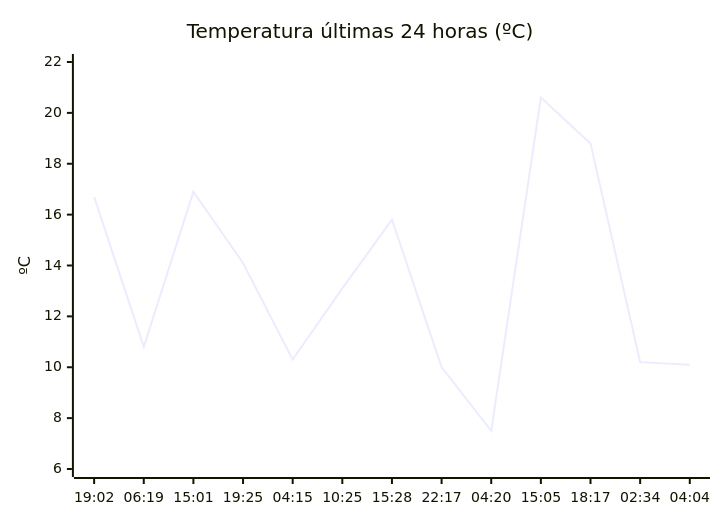
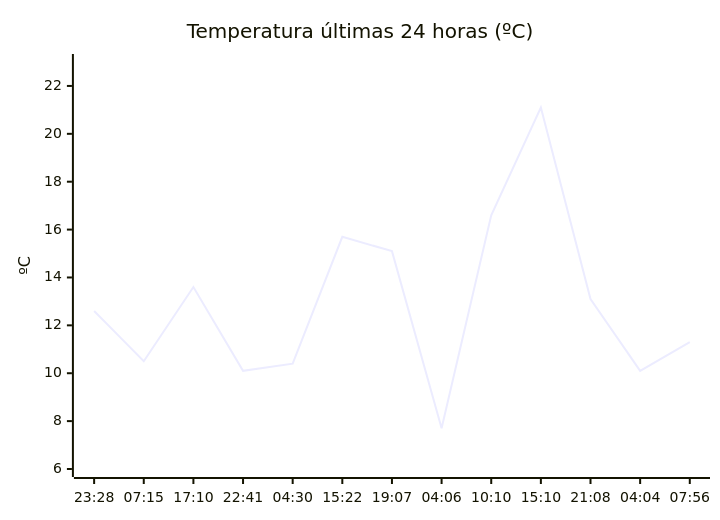
Before and after one commit to solidsnk86/rem-scrap: the diagram in README.md, drawn with Mermaid. The commit also changed other lines of this file, not shown here.

````diff
--- a/README.md
+++ b/README.md
@@ -32,7 +36,7 @@
 ```mermaid
 xychart-beta
     title "Temperatura últimas 24 horas (ºC)"
-    x-axis ["19:02", "06:19", "15:01", "19:25", "04:15", "10:25", "15:28", "22:17", "04:20", "15:05", "18:17", "02:34", "04:04"]
-    y-axis "ºC" 6 --> 22
-    line [16.7, 10.8, 16.9, 14.1, 10.3, 13.1, 15.8, 10, 7.5, 20.6, 18.8, 10.2, 10.1]
+    x-axis ["23:28", "07:15", "17:10", "22:41", "04:30", "15:22", "19:07", "04:06", "10:10", "15:10", "21:08", "04:04", "07:56"]
+    y-axis "ºC" 6 --> 23
+    line [12.6, 10.5, 13.6, 10.1, 10.4, 15.7, 15.1, 7.7, 16.6, 21.1, 13.1, 10.1, 11.3]
 ```
````
